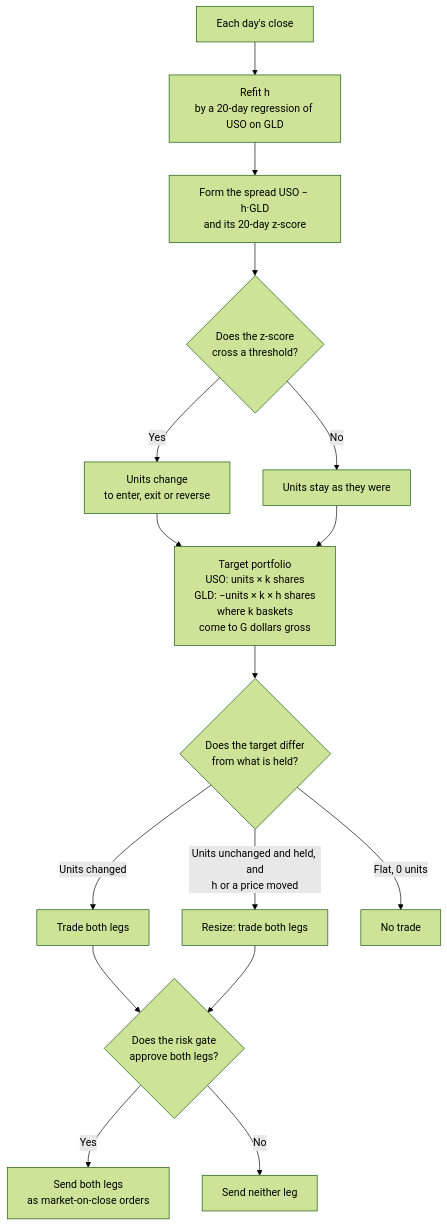
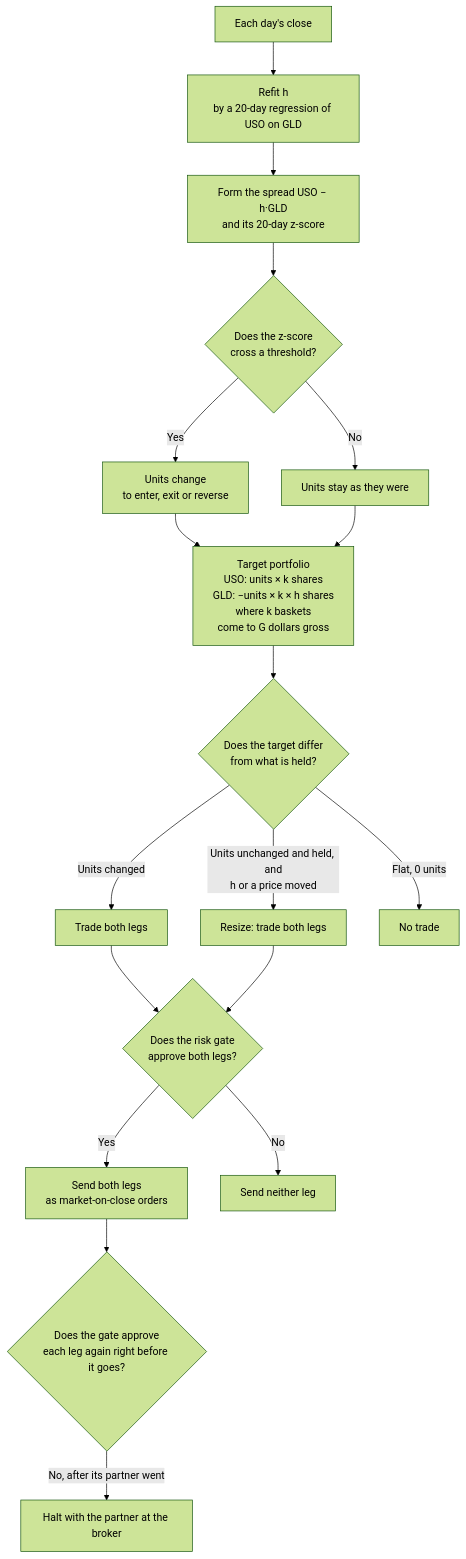
The second of 2 diagrams in docs/architecture/01-introduction-and-goals.md (l3a0/ithildin-runtime), drawn with Mermaid (forest theme) before and after one commit. The commit also changed other lines of this file and 19 other files, not shown here.

````diff
--- a/docs/architecture/01-introduction-and-goals.md
+++ b/docs/architecture/01-introduction-and-goals.md
@@ -79,18 +79,20 @@
 ```mermaid
 flowchart TD
     close["Each day's close"] --> fit["Refit h<br/>by a 20-day regression of USO on GLD"]
     fit --> z["Form the spread USO − h·GLD<br/>and its 20-day z-score"]
     z --> rule{"Does the z-score<br/>cross a threshold?"}
     rule -- "Yes" --> move["Units change<br/>to enter, exit or reverse"]
     rule -- "No" --> same["Units stay as they were"]
     move --> target["Target portfolio<br/>USO: units × k shares<br/>GLD: −units × k × h shares<br/>where k baskets<br/>come to G dollars gross"]
     same --> target
     target --> diff{"Does the target differ<br/>from what is held?"}
     diff -- "Units changed" --> trade["Trade both legs"]
     diff -- "Units unchanged and held, and<br/>h or a price moved" --> resize["Resize: trade both legs"]
     diff -- "Flat, 0 units" --> none["No trade"]
     trade --> gate{"Does the risk gate<br/>approve both legs?"}
     resize --> gate
     gate -- "Yes" --> out["Send both legs<br/>as market-on-close orders"]
     gate -- "No" --> held["Send neither leg"]
+    out --> again{"Does the gate approve<br/>each leg again right before it goes?"}
+    again -- "No, after its partner went" --> lone["Halt with the partner at the broker"]
 ```
````
